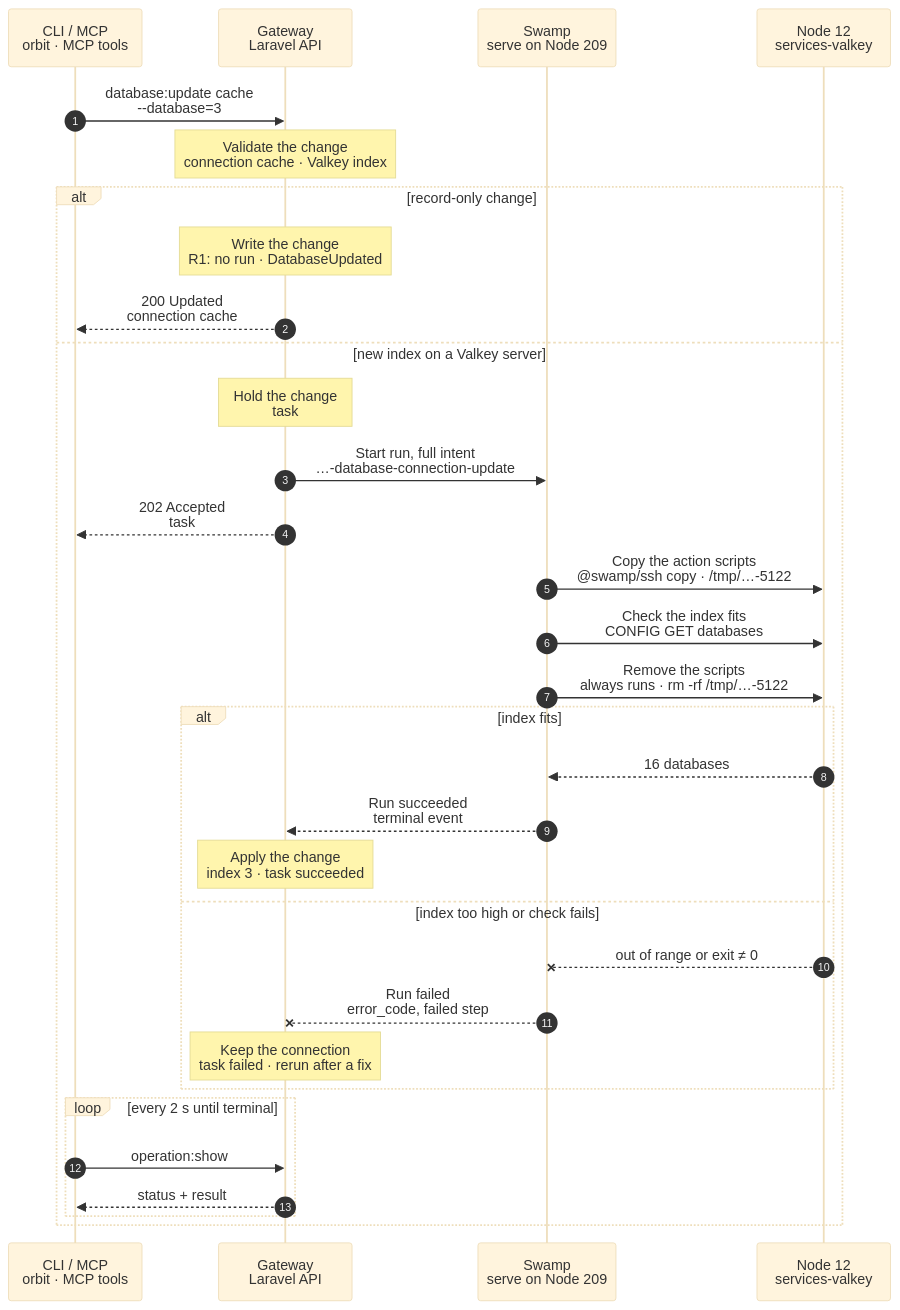
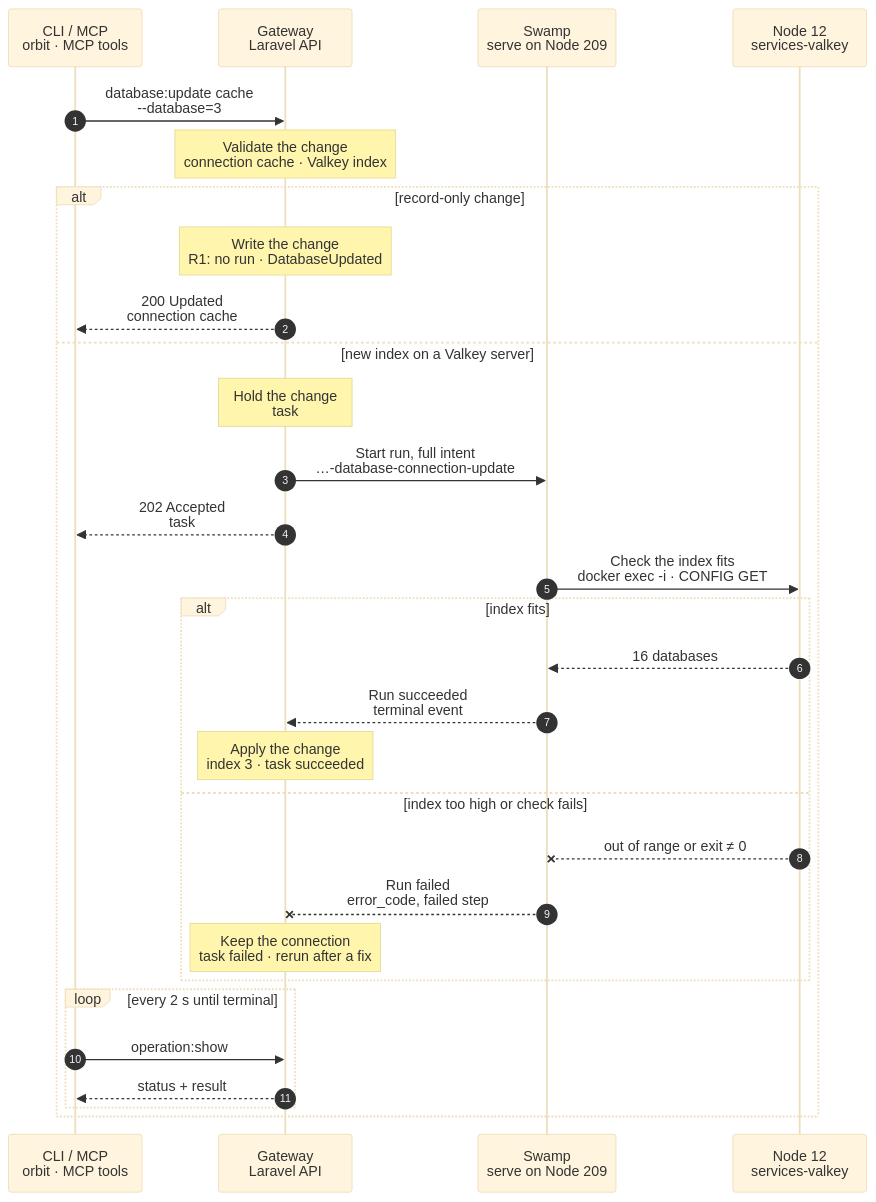
One commit to hardimpactdev/orbit changed the diagram in docs/cli/database/update.mmd. Above: the diagram before and after it, drawn with Mermaid (base theme). The commit also changed 1 other file, not shown here.

Commit message:
docs(cli): database:update chart follows its one-step index check (flow-tighten pass 2)

```diff
--- a/docs/cli/database/update.mmd
+++ b/docs/cli/database/update.mmd
@@ -1,117 +1,106 @@
 sequenceDiagram
   %% Target design: ADR 0244 task, DECISIONS R1 (record-only update starts no run), R2-R4, 5 (swamp role SSH identity), round 2 bugs (refuse with no server, server admin password by its own vault key, cleanup on pass or fail).
+  %% Tightened: flow-tighten 2026-11-02, rule 22 (one docker exec -i read; no copied scripts or cleanup).
   %% status: draft
   %% command: database:update
   %% kind: database.update
   autonumber
   %% lane CLI icon=terminal pill=caller tone=gray
   %% lane GW icon=gateway pill=intent tone=blue
   %% lane SW icon=workflow pill=executes tone=green
   %% lane N icon=server pill=target tone=amber
   participant CLI as CLI / MCP<br/>orbit · MCP tools
   participant GW as Gateway<br/>Laravel API
   participant SW as Swamp<br/>serve on Node 209
   participant N as Node 12<br/>services-valkey
   CLI->>GW: database:update cache<br/>--database=3
   %%> Command:
   %%> - `orbit database:update cache --database=3`
   %%> - syntax: `<slug> [--driver=DRIVER] [--node=NODE] [--host=HOST] [--port=PORT] [--database=NAME] [--path=PATH] [--username=USER] [--password=SECRET] [--idempotency-key=KEY]`
   %%> Input:
   %%> - the connection slug, and at least one field to replace
   %%> - `--node=` with an empty value clears the Node association
   %%> Not included:
   %%> - the keys already stored on attached Instances; run `instance:database:add` again, then `env:sync`
   Note over GW: Validate the change<br/>connection cache · Valkey index
   %%> Requirements:
   %%> - the fields fit the driver (`validation.failed`)
   %%> - a managed connection keeps its identity and credentials (`database.server_connection_managed`); on a Valkey server only the index may change
   %%> - an attached Instance stays on the same Node as the connection
   %%> Decides:
   %%> - a change that needs a live check runs on its Database server's Node only: today, a new index on a managed Valkey server
   %%> - every other change is record-only
   %%> Refuses:
   %%> - a change that needs a live check on a connection without a Database server (`database.server_required`)
   %%> - a run never targets the Gateway Node
   alt record-only change
     Note over GW: Write the change<br/>R1: no run · DatabaseUpdated
     %%> When:
     %%> - any change that needs no live check, for example a new password on a registered external database
     %%> Result:
     %%> - connection `cache` is updated, its password encrypted
     %%> - no task and no Swamp run start (R1); nothing changes on any Node
     GW-->>CLI: 200 Updated<br/>connection cache
     %%> What you get:
     %%> - the updated record at once; there is nothing to follow
   else new index on a Valkey server
     Note over GW: Hold the change<br/>task #5122 · lock services-valkey
     %%> Result:
     %%> - the change is recorded in task #5122; connection `cache` keeps its current values
     %%> - no other change runs on `services-valkey`; the Gateway holds one lock per Database server
     GW->>SW: Start run, full intent<br/>…-database-connection-update
     %%> What it does:
     %%> - starts one Swamp run of `operation-database-connection-update` on serve (Node 209)
     %%> Inputs:
     %%> - the requested index 3, and the server's WireGuard address and port
-    %%> - the vault key name `database-server-5-admin`; the admin password itself never enters the intent
+    %%> - the vault key name `database-update-intent-5122`, which holds the `AUTH` line and the command; the admin password itself never enters the intent
     %%> - Node 12's address and SSH host keys; the SSH identity comes from the `swamp` role
     GW-->>CLI: 202 Accepted<br/>task #5122
     %%> What you get:
     %%> - the task number, at once
     %%> Next:
     %%> - the CLI follows the task with `operation:show`
-    SW->>N: Copy the action scripts<br/>@swamp/ssh copy · /tmp/…-5122
+    SW->>N: Check the index fits<br/>docker exec -i · CONFIG GET
+    %%> What it does:
+    %%> - reads the live server's database count; the Gateway applies index 3 only when it is below that count
     %%> How:
-    %%> - Swamp reaches Node 12 over SSH from 209 with the official `@swamp/ssh` behavior
-    %%> - the SSH identity is the one the `swamp` role owns, at its one role-defined place
-    %%> What it does:
-    %%> - copies the shipped script into `/tmp/orbit-database-update-5122`
-    SW->>N: Check the index fits<br/>CONFIG GET databases
-    %%> What it does:
-    %%> - reads the live server's database count and checks that index 3 is below it
-    %%> How:
-    %%> - the step reads the admin password with `vault.get` and passes it on standard input
+    %%> - Swamp reaches Node 12 over SSH from 209 with `@swamp/ssh`, the `swamp` role's SSH identity; nothing is copied to the Node
+    %%> - one `docker exec -i … valkey-cli` with `AUTH` from `vault.get` as the first stdin line, then `CONFIG GET databases`
     %%> Not included:
     %%> - no write on the server; the index is a client setting
-    SW->>N: Remove the scripts<br/>always runs · rm -rf /tmp/…-5122
-    %%> When:
-    %%> - always, after the check, whether it passed or failed
-    %%> What it does:
-    %%> - removes `/tmp/orbit-database-update-5122`, so no scripts stay on Node 12
-    %%> If it fails:
-    %%> - the task result does not change; the directory holds no secrets
     alt index fits
       N-->>SW: 16 databases
       %%> Returns:
       %%> - the server's database count; index 3 fits
       SW-->>GW: Run succeeded<br/>terminal event
       %%> How the Gateway learns it:
       %%> - its shared run reader sees the terminal event; Swamp never calls the Gateway
       Note over GW: Apply the change<br/>index 3 · task succeeded
       %%> Result:
       %%> - connection `cache` records index 3
       %%> - task #5122 succeeds
     else index too high or check fails
       N--xSW: out of range or exit ≠ 0
       %%> When:
       %%> - index 3 is not below the server's count, or SSH or the Valkey login fails
       SW--xGW: Run failed<br/>error_code, failed step
       %%> The Gateway reads:
       %%> - which step failed and its error code, for example `validation.failed`
       Note over GW: Keep the connection<br/>task failed · rerun after a fix
       %%> Result:
       %%> - connection `cache` keeps its old index
       %%> - task #5122 fails, with the change it held
       %%> On the Node:
       %%> - nothing changed; the check only reads
       %%> Retry:
       %%> - run the command again with a valid index; it is a new task
     end
     loop every 2 s until terminal
       CLI->>GW: operation:show #5122
       %%> What it does:
       %%> - asks for the task's status every 2 seconds until it has ended
       GW-->>CLI: status + result
       %%> Returns:
       %%> - the current status, and the result once the task has ended
     end
   end
```
